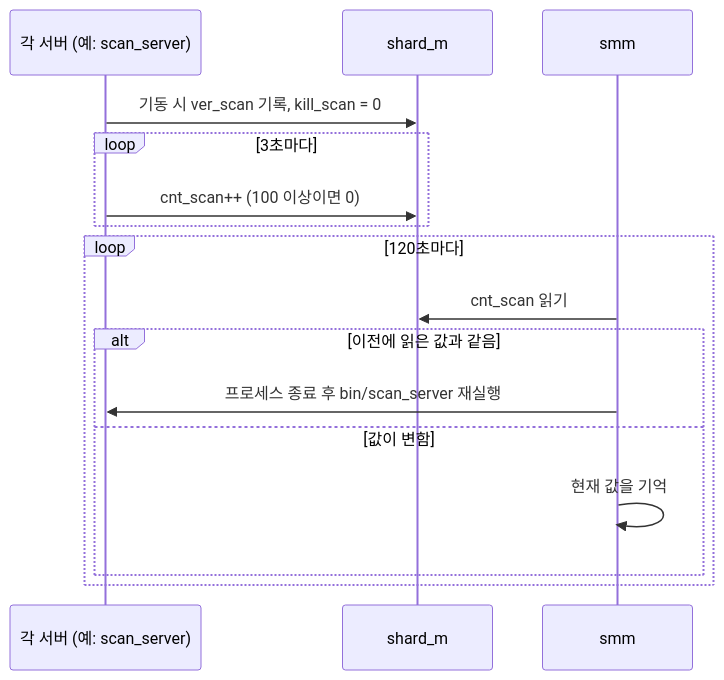
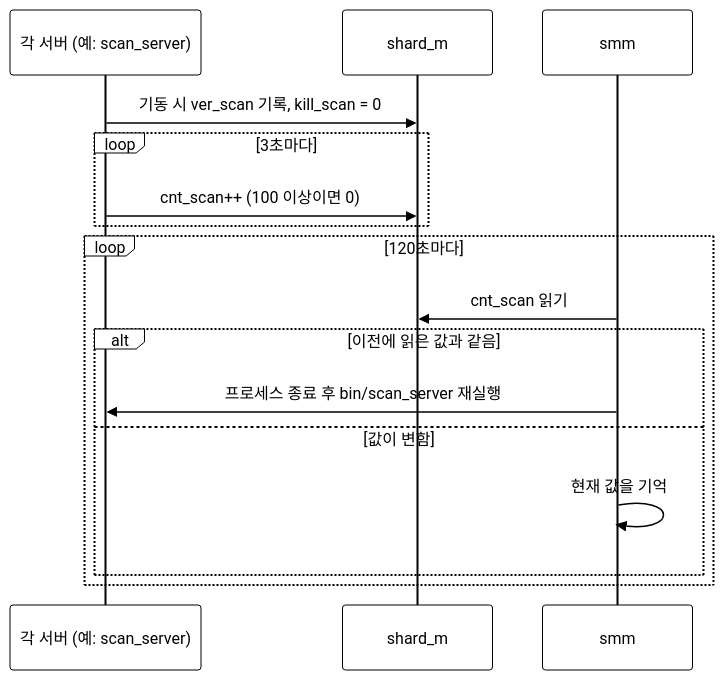
The first of 4 diagrams in e3dp/docs/공유메모리구조.md (ges-mhkim/e3-dp), drawn with Mermaid before and after one commit. The commit also changed other lines of this file and 47 other files, not shown here.

````diff
--- a/e3dp/docs/공유메모리구조.md
+++ b/e3dp/docs/공유메모리구조.md
@@ -154,19 +154,20 @@
 ```mermaid
+%%{init: {"theme": "base", "themeVariables": {"primaryColor": "#ffffff", "primaryBorderColor": "#000000", "primaryTextColor": "#000000", "lineColor": "#000000", "secondaryColor": "#ffffff", "tertiaryColor": "#ffffff", "clusterBkg": "#ffffff", "clusterBorderColor": "#000000", "fontSize": "22px"}}}%%
 sequenceDiagram
   participant S as 각 서버 (예: scan_server)
   participant M as shard_m
   participant W as smm
 
   S->>M: 기동 시 ver_scan 기록, kill_scan = 0
   loop 3초마다
     S->>M: cnt_scan++ (100 이상이면 0)
   end
   loop 120초마다
     W->>M: cnt_scan 읽기
     alt 이전에 읽은 값과 같음
       W->>S: 프로세스 종료 후 bin/scan_server 재실행
     else 값이 변함
       W->>W: 현재 값을 기억
     end
   end
 ```
````
